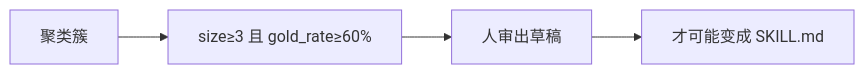
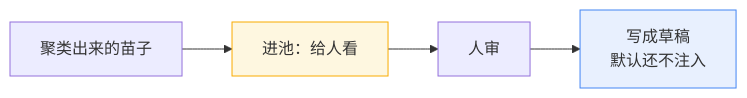
One commit to nehcuh/vibesop-py changed the eighth of 8 diagrams in docs/skill-routing-explained.md. Above: the diagram before and after it, drawn with Mermaid. The commit also changed other lines of this file and 1 other file, not shown here.

````diff
--- a/docs/skill-routing-explained.md
+++ b/docs/skill-routing-explained.md
@@ -178,6 +259,8 @@
 ```mermaid
 flowchart LR
-    A["聚类簇"] --> B["size≥3 且 gold_rate≥60%"]
-    B --> C["人审出草稿"]
-    C --> D["才可能变成 SKILL.md"]
+    A["聚类出来的苗子"] --> B["进池：给人看"]
+    B --> C["人审"]
+    C --> D["写成草稿<br/>默认还不注入"]
+    style B fill:#fef7e0,stroke:#f9ab00
+    style D fill:#e8f0fe,stroke:#4285f4
 ```
````
